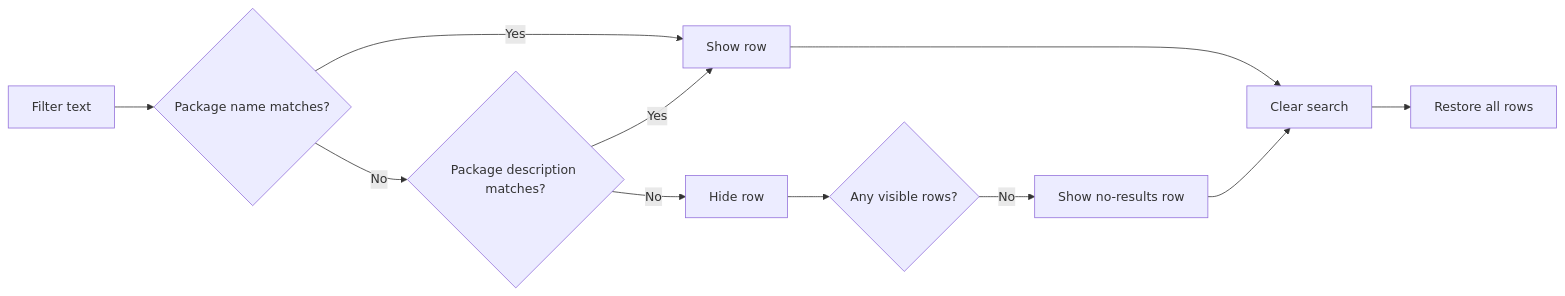
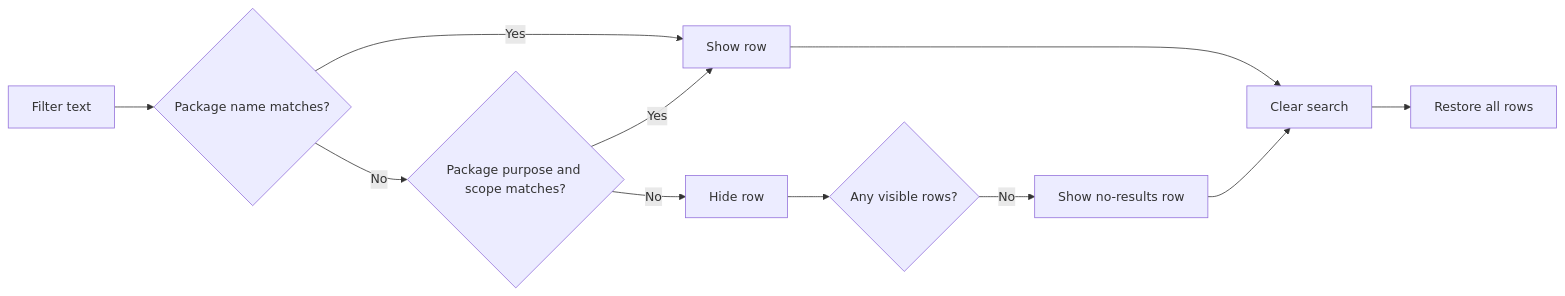
One commit to viscalyx/Kravhantering changed the third of 3 diagrams in tests/integration/requirement-packages-list.md. Above: the diagram before and after it, drawn with Mermaid. The commit also changed other lines of this file and 283 other files, not shown here.

````diff
--- a/tests/integration/requirement-packages-list.md
+++ b/tests/integration/requirement-packages-list.md
@@ -140,13 +141,13 @@
 ```mermaid
 flowchart LR
     A[Filter text] --> B{Package name matches?}
     B -- Yes --> C[Show row]
-    B -- No --> D{Package description matches?}
+    B -- No --> D{Package purpose and scope matches?}
     D -- Yes --> C
     D -- No --> E[Hide row]
     E --> F{Any visible rows?}
     F -- No --> G[Show no-results row]
     C --> H[Clear search]
     G --> H
     H --> I[Restore all rows]
 ```
````
